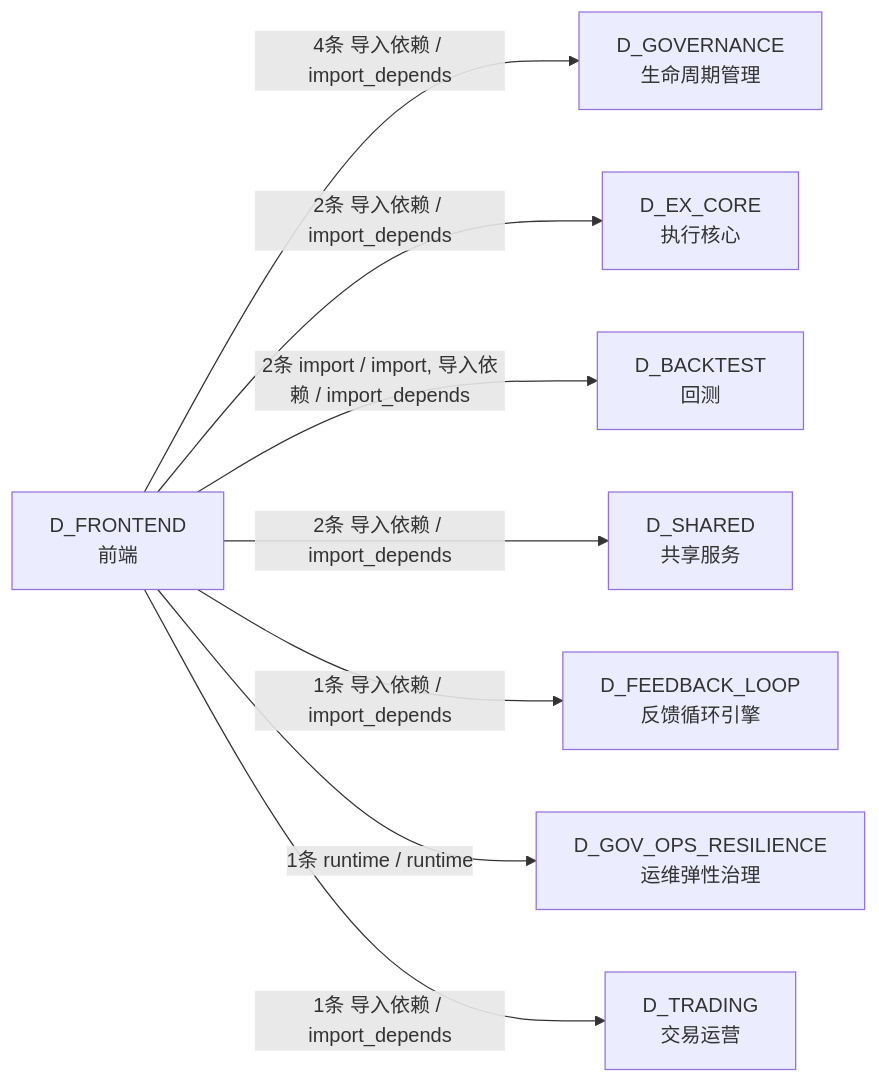
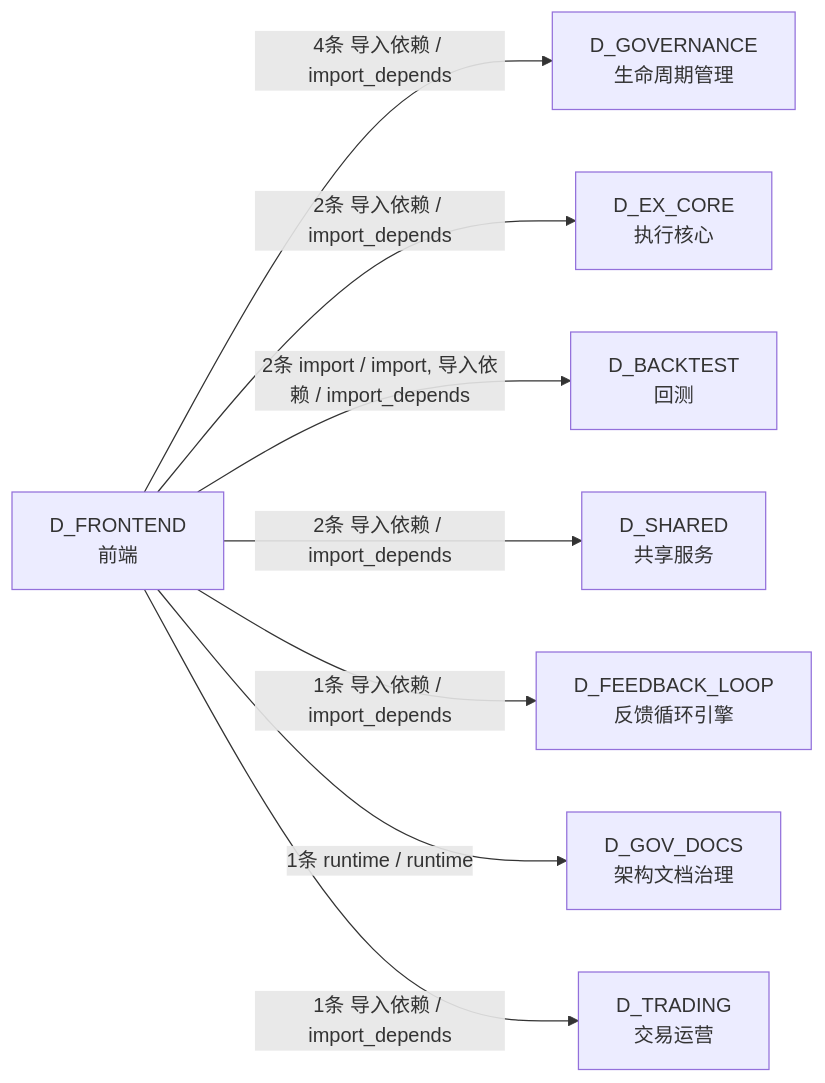
One commit to xuanFelixVan/ZephyrAlpha changed the fifth of 5 diagrams in docs/02_enterprise_architecture/02_domain_architecture_docs/15_d_frontend.md. Above: the diagram before and after it, drawn with Mermaid. The commit also changed other lines of this file and 101 other files, not shown here.

````diff
--- a/docs/02_enterprise_architecture/02_domain_architecture_docs/15_d_frontend.md
+++ b/docs/02_enterprise_architecture/02_domain_architecture_docs/15_d_frontend.md
@@ -290,18 +290,18 @@
 ```mermaid
 graph LR
     D_FRONTEND["D_FRONTEND<br/>前端"]
     D_GOVERNANCE["D_GOVERNANCE<br/>生命周期管理"]
     D_EX_CORE["D_EX_CORE<br/>执行核心"]
     D_BACKTEST["D_BACKTEST<br/>回测"]
     D_SHARED["D_SHARED<br/>共享服务"]
     D_FEEDBACK_LOOP["D_FEEDBACK_LOOP<br/>反馈循环引擎"]
-    D_GOV_OPS_RESILIENCE["D_GOV_OPS_RESILIENCE<br/>运维弹性治理"]
+    D_GOV_DOCS["D_GOV_DOCS<br/>架构文档治理"]
     D_TRADING["D_TRADING<br/>交易运营"]
     D_FRONTEND -->|4条 导入依赖 / import_depends| D_GOVERNANCE
     D_FRONTEND -->|2条 导入依赖 / import_depends| D_EX_CORE
     D_FRONTEND -->|2条 import / import, 导入依赖 / import_depends| D_BACKTEST
     D_FRONTEND -->|2条 导入依赖 / import_depends| D_SHARED
     D_FRONTEND -->|1条 导入依赖 / import_depends| D_FEEDBACK_LOOP
-    D_FRONTEND -->|1条 runtime / runtime| D_GOV_OPS_RESILIENCE
+    D_FRONTEND -->|1条 runtime / runtime| D_GOV_DOCS
     D_FRONTEND -->|1条 导入依赖 / import_depends| D_TRADING
 ```
````
